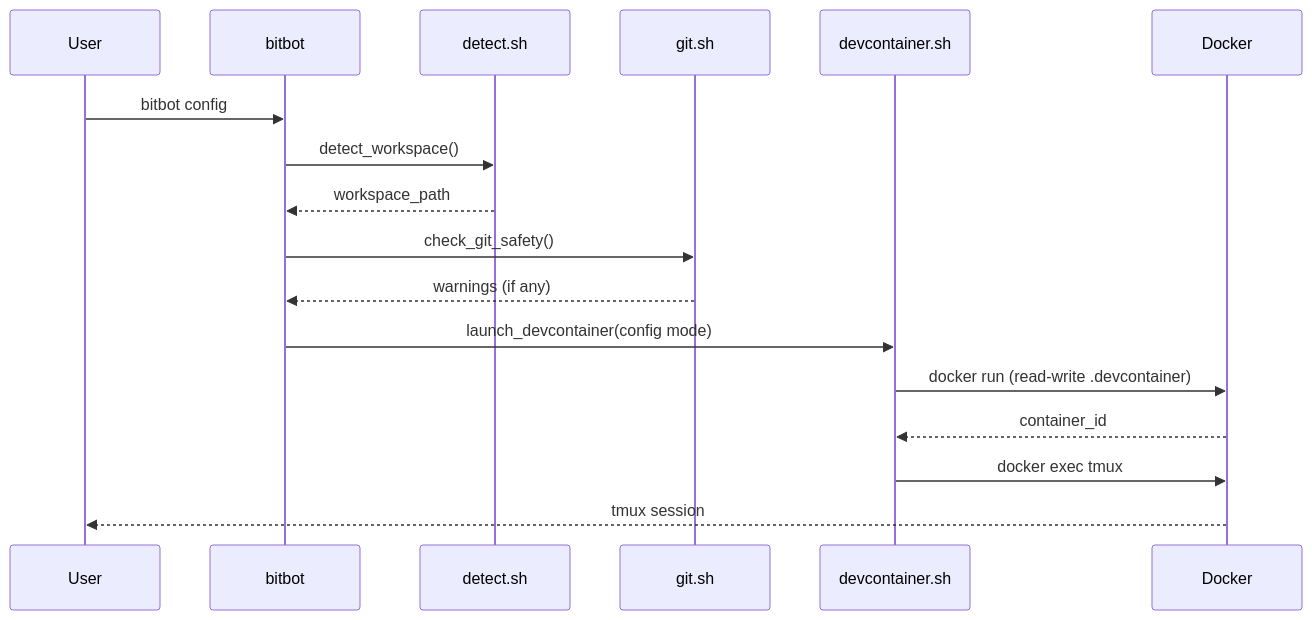
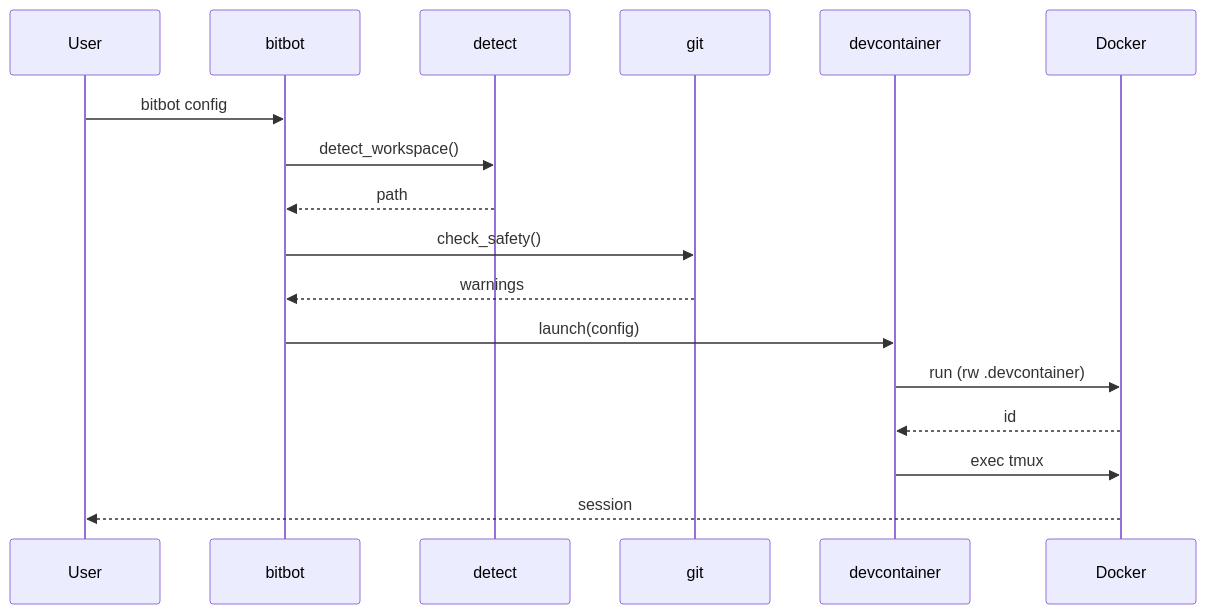
One commit to ManuelKugelmann/BitBot changed the third of 6 diagrams in sparc/3-architecture/diagrams/06-component-interaction.md. Above: the diagram before and after it, drawn with Mermaid. The commit also changed other lines of this file and 5 other files, not shown here.

First line of the commit message:
Remove Docker from config mode in architecture diagrams

````diff
--- a/sparc/3-architecture/diagrams/06-component-interaction.md
+++ b/sparc/3-architecture/diagrams/06-component-interaction.md
@@ -338,20 +341,20 @@
 ```mermaid
 sequenceDiagram
     participant User
     participant bitbot
-    participant detect.sh
-    participant git.sh
-    participant devcontainer.sh
+    participant detect
+    participant git
+    participant devcontainer
     participant Docker
 
     User->>bitbot: bitbot config
-    bitbot->>detect.sh: detect_workspace()
-    detect.sh-->>bitbot: workspace_path
-    bitbot->>git.sh: check_git_safety()
-    git.sh-->>bitbot: warnings (if any)
-    bitbot->>devcontainer.sh: launch_devcontainer(config mode)
-    devcontainer.sh->>Docker: docker run (read-write .devcontainer)
-    Docker-->>devcontainer.sh: container_id
-    devcontainer.sh->>Docker: docker exec tmux
-    Docker-->>User: tmux session
+    bitbot->>detect: detect_workspace()
+    detect-->>bitbot: path
+    bitbot->>git: check_safety()
+    git-->>bitbot: warnings
+    bitbot->>devcontainer: launch(config)
+    devcontainer->>Docker: run (rw .devcontainer)
+    Docker-->>devcontainer: id
+    devcontainer->>Docker: exec tmux
+    Docker-->>User: session
 ```
````
